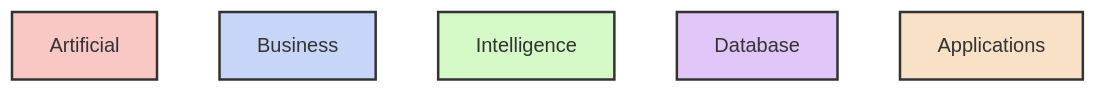
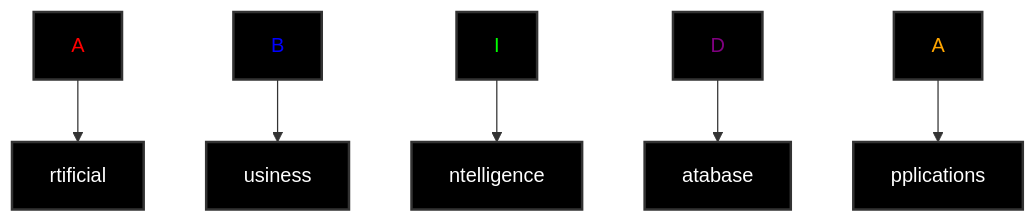
Before and after one commit to JaewooJoung/Abida.jl: the diagram in README.md, drawn with Mermaid.

````diff
--- a/README.md
+++ b/README.md
@@ -4,14 +4,29 @@
 ```mermaid
 graph TD;
-    A[Artificial]:::red;
-    B[Business]:::blue;
-    C[Intelligence]:::green;
-    D[Database]:::purple;
-    E[Applications]:::orange;
+    A1[A]:::red;
+    A2[rtificial];
+    B1[B]:::blue;
+    B2[usiness];
+    C1[I]:::green;
+    C2[ntelligence];
+    D1[D]:::purple;
+    D2[atabase];
+    E1[A]:::orange;
+    E2[pplications];
 
-    classDef red fill:#f9c7c4,stroke:#333,stroke-width:2px;
-    classDef blue fill:#c7d5f9,stroke:#333,stroke-width:2px;
-    classDef green fill:#d5f9c7,stroke:#333,stroke-width:2px;
-    classDef purple fill:#e1c7f9,stroke:#333,stroke-width:2px;
-    classDef orange fill:#f9e1c7,stroke:#333,stroke-width:2px;
+    A1 --> A2;
+    B1 --> B2;
+    C1 --> C2;
+    D1 --> D2;
+    E1 --> E2;
+
+    classDef red fill:#000,stroke:#333,stroke-width:2px,color:#f00;
+    classDef blue fill:#000,stroke:#333,stroke-width:2px,color:#00f;
+    classDef green fill:#000,stroke:#333,stroke-width:2px,color:#0f0;
+    classDef purple fill:#000,stroke:#333,stroke-width:2px,color:#800080;
+    classDef orange fill:#000,stroke:#333,stroke-width:2px,color:#ffa500;
+    classDef default fill:#000,stroke:#333,stroke-width:2px,color:#fff;
+
+    class A2,B2,C2,D2,E2 default;
+
 ```
````
